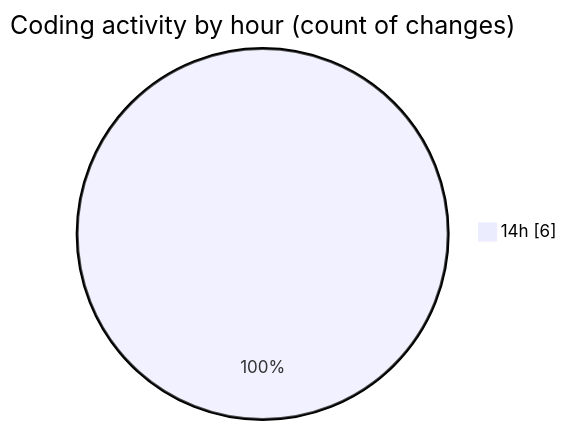
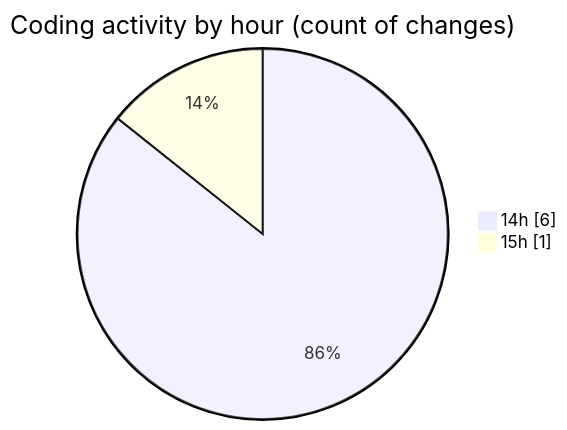
The second of 2 diagrams in 2025-10-07/untitled__workspace_/README.md (debugP/code-tracking), drawn with Mermaid before and after one commit. The commit also changed other lines of this file and 1 other file, not shown here.

````diff
--- a/2025-10-07/untitled__workspace_/README.md
+++ b/2025-10-07/untitled__workspace_/README.md
@@ -28,5 +29,6 @@
 ```mermaid
 pie showData
 title Coding activity by hour (count of changes)
 "14h" : 6
+"15h" : 1
 ```
````
